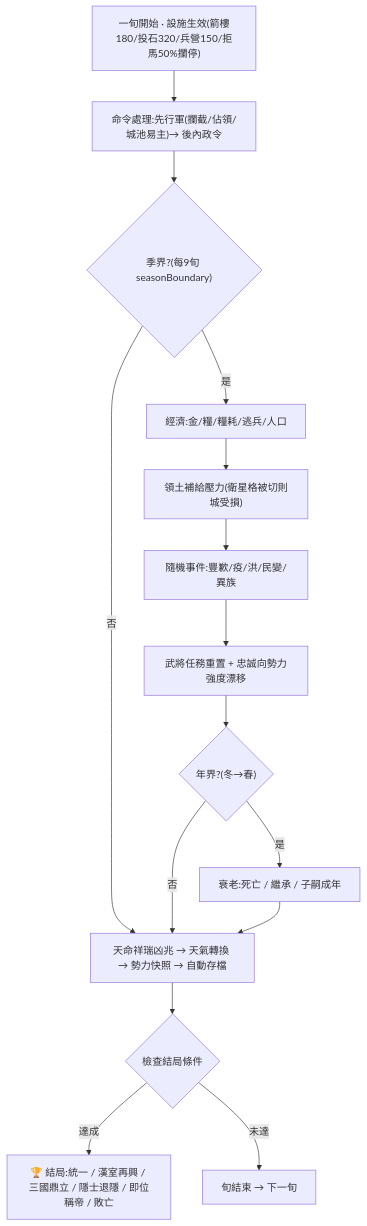
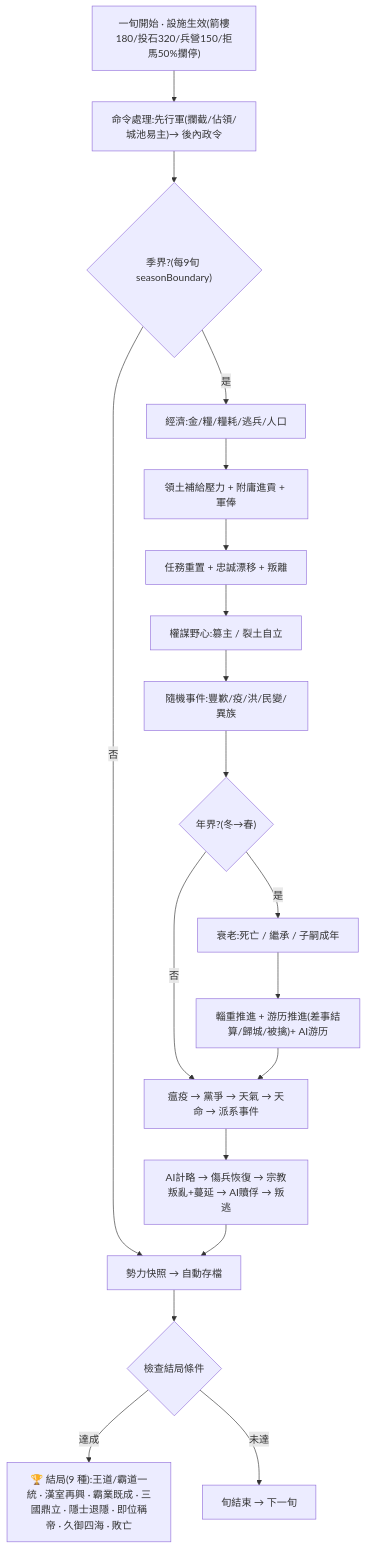
One commit to Seanye333/ThreeKingdomMasterIOS changed the first of 5 diagrams in docs/GUIDE.md. Above: the diagram before and after it, drawn with Mermaid. The commit also changed other lines of this file and 179 other files, not shown here.

````diff
--- a/docs/GUIDE.md
+++ b/docs/GUIDE.md
@@ -573,17 +754,21 @@
 ```mermaid
 flowchart TD
   A["一旬開始 · 設施生效(箭樓180/投石320/兵營150/拒馬50%攔停)"] --> B["命令處理:先行軍(攔截/佔領/城池易主)→ 後內政令"]
   B --> C{"季界?(每9旬 seasonBoundary)"}
-  C -->|否| H["天命祥瑞凶兆 → 天氣轉換 → 勢力快照 → 自動存檔"]
+  C -->|否| H["勢力快照 → 自動存檔"]
   C -->|是| D["經濟:金/糧/糧耗/逃兵/人口"]
-  D --> D2["領土補給壓力(衛星格被切則城受損)"]
-  D2 --> D3["隨機事件:豐歉/疫/洪/民變/異族"]
-  D3 --> D4["武將任務重置 + 忠誠向勢力強度漂移"]
+  D --> D2["領土補給壓力 + 附庸進貢 + 軍俸"]
+  D2 --> D3["任務重置 + 忠誠漂移 + 叛離"]
+  D3 --> D3b["權謀野心:篡主 / 裂土自立"]
+  D3b --> D4["隨機事件:豐歉/疫/洪/民變/異族"]
   D4 --> E{"年界?(冬→春)"}
-  E -->|否| H
+  E -->|否| G2
   E -->|是| F["衰老:死亡 / 繼承 / 子嗣成年"]
-  F --> H
+  F --> Fx["輜重推進 + 游历推進(差事結算/歸城/被擒)+ AI游历"]
+  Fx --> G2["瘟疫 → 黨爭 → 天氣 → 天命 → 派系事件"]
+  G2 --> G3["AI計略 → 傷兵恢復 → 宗教叛亂+蔓延 → AI贖俘 → 叛逃"]
+  G3 --> H
   H --> I{"檢查結局條件"}
-  I -->|達成| J["🏆 結局:統一 / 漢室再興 / 三國鼎立 / 隱士退隱 / 即位稱帝 / 敗亡"]
+  I -->|達成| J["🏆 結局(9 種):王道/霸道一統 · 漢室再興 · 霸業既成 · 三國鼎立 · 隱士退隱 · 即位稱帝 · 久御四海 · 敗亡"]
   I -->|未達| K["旬結束 → 下一旬"]
 ```
````
